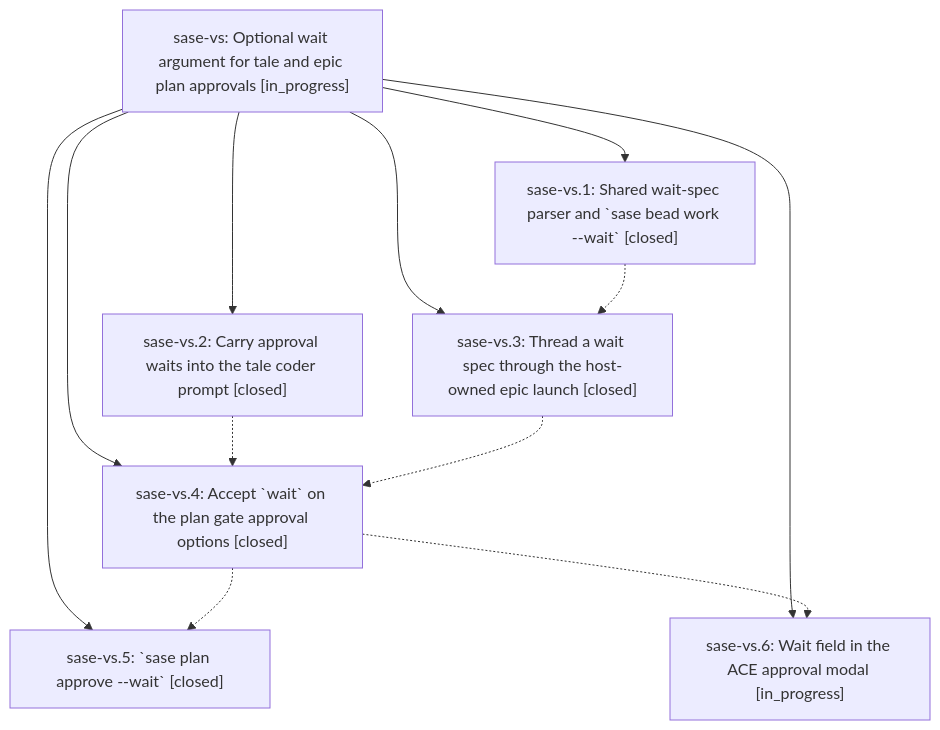
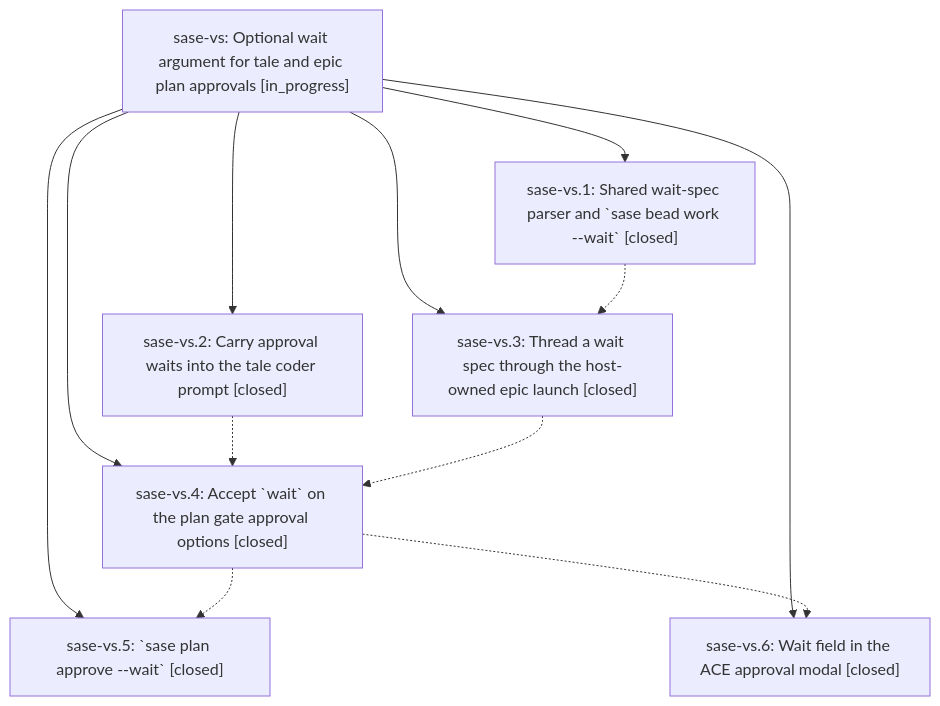
One commit to sase-org/sase--beads changed the diagram in pages/sase-vs/README.md. Above: the diagram before and after it, drawn with Mermaid. The commit also changed other lines of this file and 2 other files, not shown here.

First line of the commit message:
chore(beads): sync bead state and pages for sase-vs

````diff
--- a/pages/sase-vs/README.md
+++ b/pages/sase-vs/README.md
@@ -39,21 +39,21 @@
 ```mermaid
 flowchart TD
     n0["sase-vs: Optional wait argument for tale and epic plan approvals [in_progress]"]
     n1["sase-vs.1: Shared wait-spec parser and `sase bead work --wait` [closed]"]
     n2["sase-vs.2: Carry approval waits into the tale coder prompt [closed]"]
     n3["sase-vs.3: Thread a wait spec through the host-owned epic launch [closed]"]
     n4["sase-vs.4: Accept `wait` on the plan gate approval options [closed]"]
     n5["sase-vs.5: `sase plan approve --wait` [closed]"]
-    n6["sase-vs.6: Wait field in the ACE approval modal [in_progress]"]
+    n6["sase-vs.6: Wait field in the ACE approval modal [closed]"]
     n0 --> n1
     n0 --> n2
     n0 --> n3
     n0 --> n4
     n0 --> n5
     n0 --> n6
     n1 -.-> n3
     n2 -.-> n4
     n3 -.-> n4
     n4 -.-> n5
     n4 -.-> n6
 ```
````
